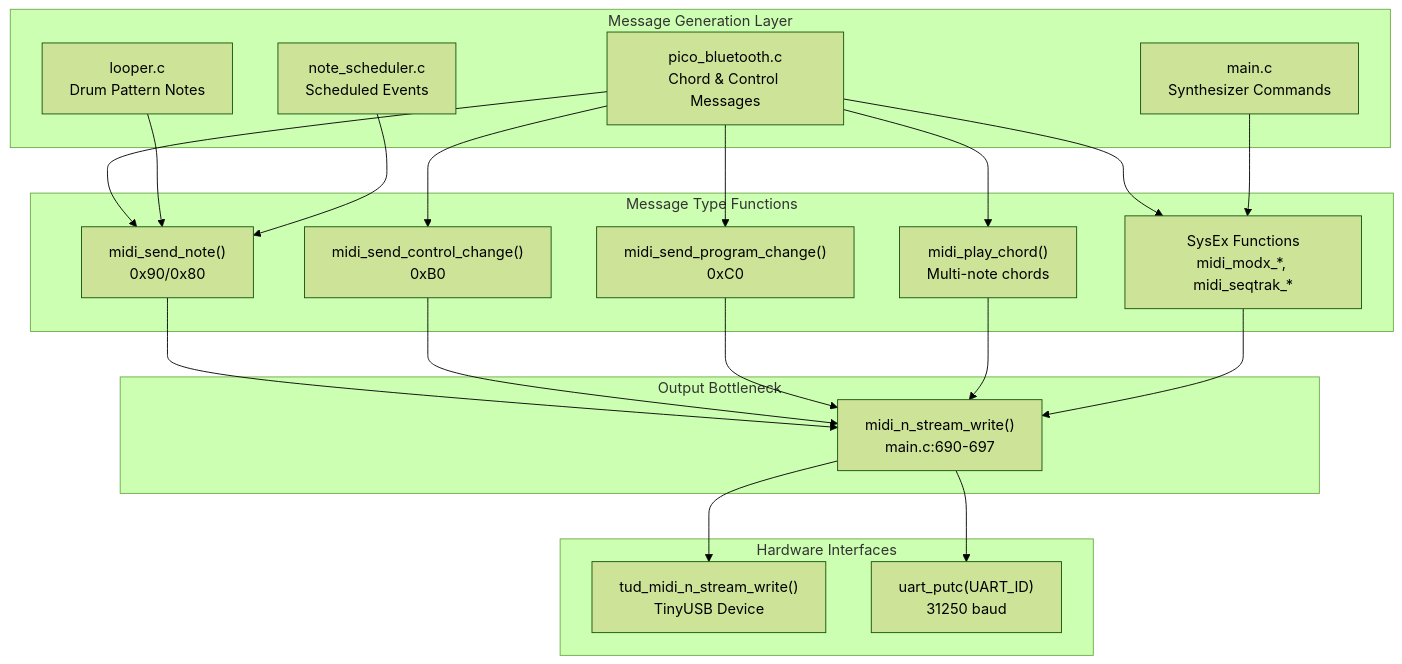
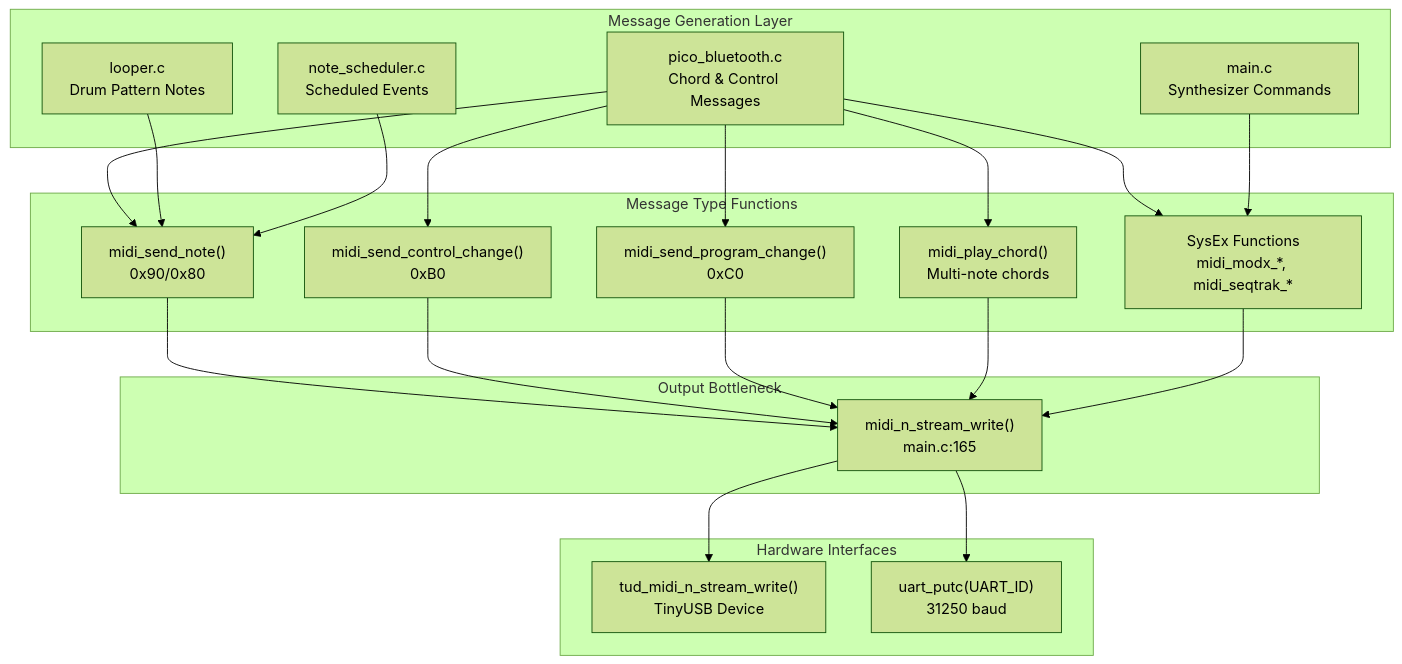
One commit to Jus-Be/orinayo-pico changed the first of 5 diagrams in wiki/6-midi-output-system.md. Above: the diagram before and after it, drawn with Mermaid (forest theme). The commit also changed other lines of this file and 42 other files, not shown here.

````diff
--- a/wiki/6-midi-output-system.md
+++ b/wiki/6-midi-output-system.md
@@ -19,56 +19,56 @@
 ```mermaid
 flowchart TD
 
 BT["pico_bluetooth.c<br>Chord & Control Messages"]
 LOOPER["looper.c<br>Drum Pattern Notes"]
 SCHED["note_scheduler.c<br>Scheduled Events"]
 MAIN["main.c<br>Synthesizer Commands"]
 NOTE["midi_send_note()<br>0x90/0x80"]
 CC["midi_send_control_change()<br>0xB0"]
 PC["midi_send_program_change()<br>0xC0"]
 CHORD["midi_play_chord()<br>Multi-note chords"]
 SYSEX["SysEx Functions<br>midi_modx_*, midi_seqtrak_*"]
-STREAM["midi_n_stream_write()<br>main.c:690-697"]
+STREAM["midi_n_stream_write()<br>main.c:165"]
 USB["tud_midi_n_stream_write()<br>TinyUSB Device"]
 UART["uart_putc(UART_ID)<br>31250 baud"]
 
 BT --> NOTE
 BT --> CC
 BT --> PC
 BT --> CHORD
 BT --> SYSEX
 LOOPER --> NOTE
 SCHED --> NOTE
 MAIN --> SYSEX
 NOTE --> STREAM
 CC --> STREAM
 PC --> STREAM
 CHORD --> STREAM
 SYSEX --> STREAM
 STREAM --> USB
 STREAM --> UART
 
 subgraph subGraph3 ["Hardware Interfaces"]
     USB
     UART
 end
 
 subgraph subGraph2 ["Output Bottleneck"]
     STREAM
 end
 
 subgraph subGraph1 ["Message Type Functions"]
     NOTE
     CC
     PC
     CHORD
     SYSEX
 end
 
 subgraph subGraph0 ["Message Generation Layer"]
     BT
     LOOPER
     SCHED
     MAIN
 end
 ```
````
